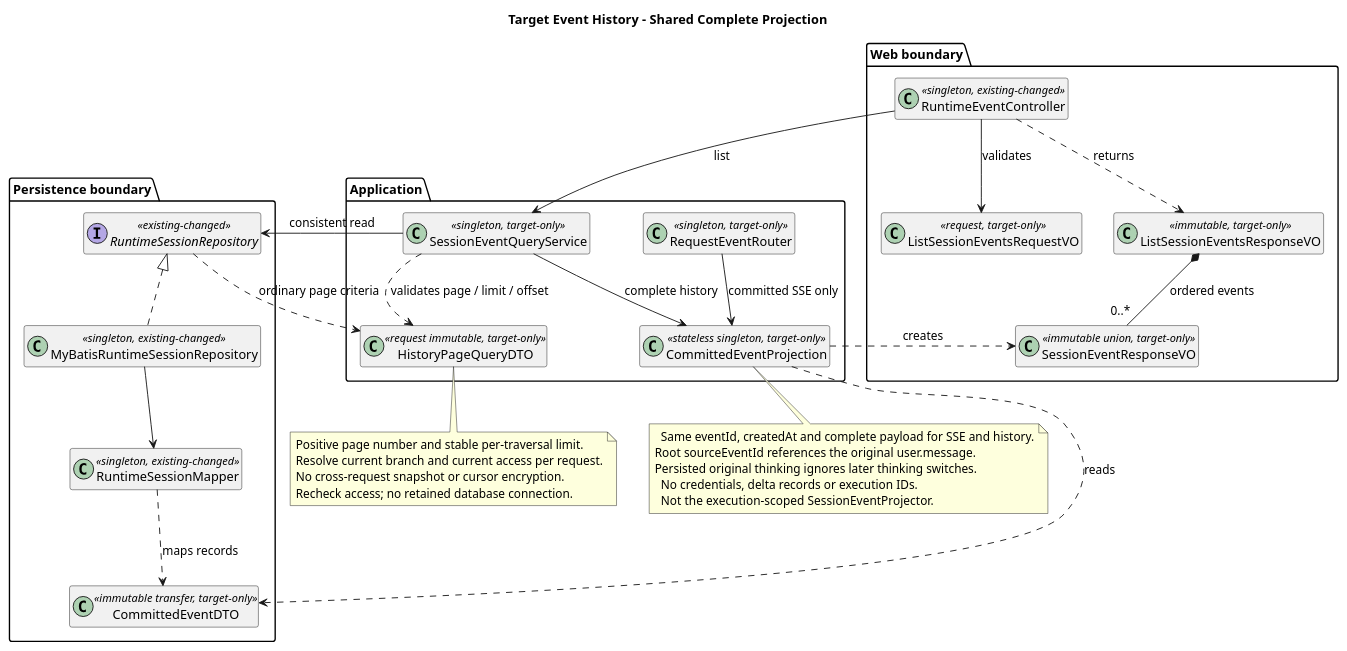
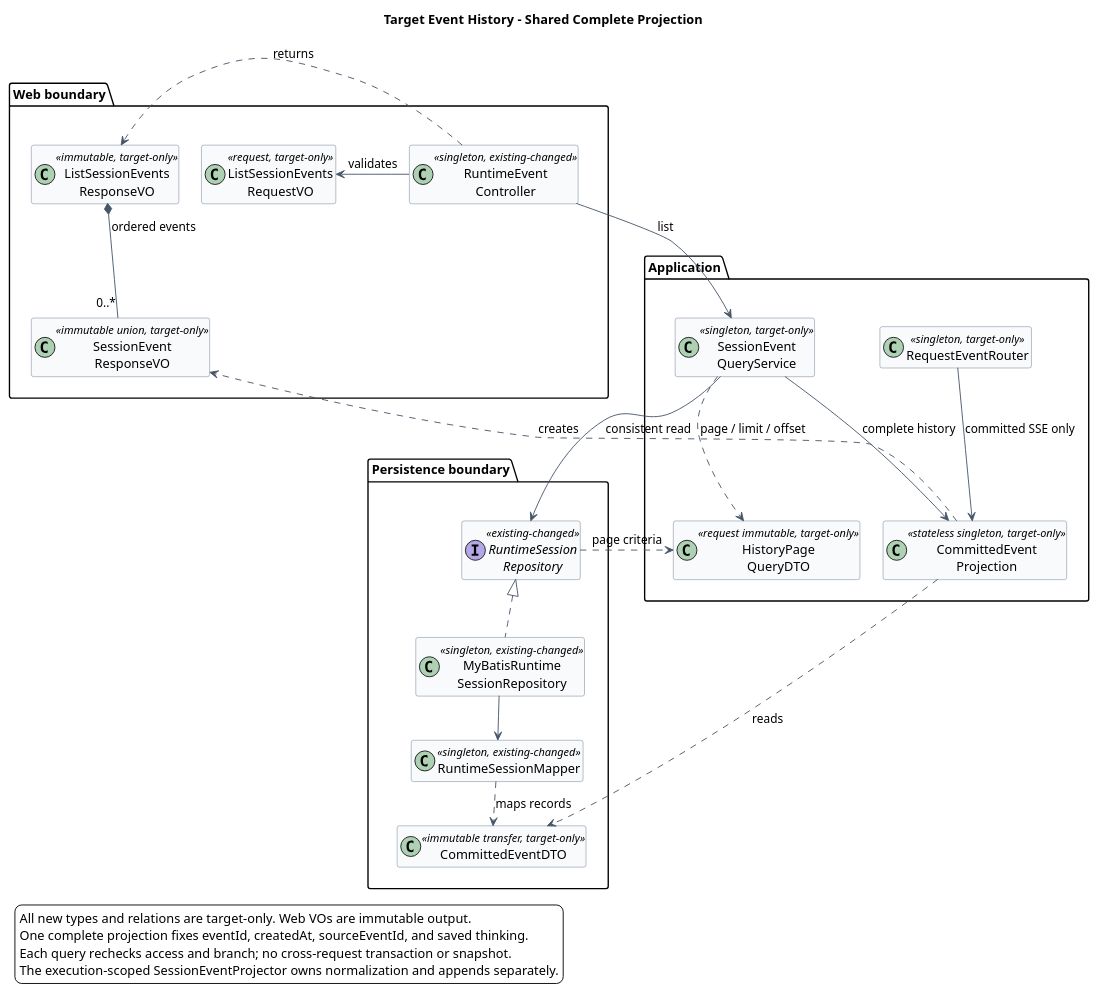
The first of 2 diagrams in 01-总体架构/01-CampusClaw多Agent运行时/设计图/事件历史查询/diagram.puml (ssm0808/pi-mono-java-design), drawn with PlantUML before and after one commit. The commit also changed other lines of this file and 212 other files, not shown here.

Commit message:
docs(design): 精简模块文档并重排全仓设计图

```diff
--- a/01-总体架构/01-CampusClaw多Agent运行时/设计图/事件历史查询/diagram.puml
+++ b/01-总体架构/01-CampusClaw多Agent运行时/设计图/事件历史查询/diagram.puml
@@ -1,57 +1,63 @@
 @startuml target_event_history_classes
 title Target Event History - Shared Complete Projection
 ' Source baseline: pi-mono-java dfb90cac4e233e09a0b8f047f7e9f4682f5ad238
 ' Source: campusclaw/src/main/java/com/huawei/hicampus/claw/codingagent/runtimeapi/event/RuntimeEventQueryService.java, list/pageOf.
 ' Source: campusclaw/src/main/java/com/huawei/hicampus/claw/codingagent/runtimeapi/event/RuntimeEntryCodec.java, toHistoryEvent/toSseData.
 ' Source: campusclaw/src/main/java/com/huawei/hicampus/claw/codingagent/runtimeapi/event/RuntimeEventCursorCodec.java, encode/decode.
 ' Observed behavior: current pages are sequence-based opaque cursors, not integers.
 ' Design reason: one complete projection prevents SSE/history identity drift. Thinking target: display original model reasoning; Java 4cc8dd86 modules/coding-agent-cli/src/main/java/com/campusclaw/codingagent/runtimeapi/event/RuntimeV2EventProjector.java projectThinking still filters publicSummary.
 ' All new classes and relations are target-only; existing boundaries are changed.
+top to bottom direction
 hide empty members
+skinparam backgroundColor white
+skinparam shadowing false
 skinparam classAttributeIconSize 0
-package "Web boundary" {
-  class RuntimeEventController <<singleton, existing-changed>>
-  class ListSessionEventsRequestVO <<request, target-only>>
-  class ListSessionEventsResponseVO <<immutable, target-only>>
-  class SessionEventResponseVO <<immutable union, target-only>>
+skinparam nodesep 25
+skinparam ranksep 30
+skinparam ArrowColor #475569
+skinparam ClassBorderColor #64748B
+skinparam ClassBackgroundColor #F8FAFC
+skinparam stereotypeFontSize 10
+
+package "Web boundary" as WEB {
+  class "RuntimeEvent\nController" as RuntimeEventController <<singleton, existing-changed>>
+  class "ListSessionEvents\nRequestVO" as ListSessionEventsRequestVO <<request, target-only>>
+  class "ListSessionEvents\nResponseVO" as ListSessionEventsResponseVO <<immutable, target-only>>
+  class "SessionEvent\nResponseVO" as SessionEventResponseVO <<immutable union, target-only>>
 }
-package "Application" {
-  class SessionEventQueryService <<singleton, target-only>>
-  class HistoryPageQueryDTO <<request immutable, target-only>>
-  class CommittedEventProjection <<stateless singleton, target-only>>
+package "Application" as APP {
+  class "SessionEvent\nQueryService" as SessionEventQueryService <<singleton, target-only>>
+  class "HistoryPage\nQueryDTO" as HistoryPageQueryDTO <<request immutable, target-only>>
+  class "CommittedEvent\nProjection" as CommittedEventProjection <<stateless singleton, target-only>>
   class RequestEventRouter <<singleton, target-only>>
 }
-package "Persistence boundary" {
-  interface RuntimeSessionRepository <<existing-changed>>
-  class MyBatisRuntimeSessionRepository <<singleton, existing-changed>>
+package "Persistence boundary" as DB {
+  interface "RuntimeSession\nRepository" as RuntimeSessionRepository <<existing-changed>>
+  class "MyBatisRuntime\nSessionRepository" as MyBatisRuntimeSessionRepository <<singleton, existing-changed>>
   class CommittedEventDTO <<immutable transfer, target-only>>
   class RuntimeSessionMapper <<singleton, existing-changed>>
 }
-RuntimeEventController --> ListSessionEventsRequestVO : validates
+RuntimeEventController -[norank]-> ListSessionEventsRequestVO : validates
+WEB -[hidden]down- APP
+APP -[hidden]down- DB
 RuntimeEventController --> SessionEventQueryService : list
-RuntimeEventController ..> ListSessionEventsResponseVO : returns
+RuntimeEventController .[norank].> ListSessionEventsResponseVO : returns
 ListSessionEventsResponseVO *-- "0..*" SessionEventResponseVO : ordered events
-SessionEventQueryService ..> HistoryPageQueryDTO : validates page / limit / offset
+SessionEventQueryService ..> HistoryPageQueryDTO : page / limit / offset
 SessionEventQueryService --> RuntimeSessionRepository : consistent read
 SessionEventQueryService --> CommittedEventProjection : complete history
 RequestEventRouter --> CommittedEventProjection : committed SSE only
 CommittedEventProjection ..> CommittedEventDTO : reads
-CommittedEventProjection ..> SessionEventResponseVO : creates
+CommittedEventProjection .[norank].> SessionEventResponseVO : creates
 RuntimeSessionRepository <|.. MyBatisRuntimeSessionRepository
 MyBatisRuntimeSessionRepository --> RuntimeSessionMapper
 RuntimeSessionMapper ..> CommittedEventDTO : maps records
-RuntimeSessionRepository ..> HistoryPageQueryDTO : ordinary page criteria
-note bottom of HistoryPageQueryDTO
-  Positive page number and stable per-traversal limit.
-  Resolve current branch and current access per request.
-  No cross-request snapshot or cursor encryption.
-  Recheck access; no retained database connection.
-end note
-note bottom of CommittedEventProjection
-  Same eventId, createdAt and complete payload for SSE and history.
-Root sourceEventId references the original user.message.
-Persisted original thinking ignores later thinking switches.
-  No credentials, delta records or execution IDs.
-  Not the execution-scoped SessionEventProjector.
-end note
+RuntimeSessionRepository ..> HistoryPageQueryDTO : page criteria
+
+legend bottom left
+All new types and relations are target-only. Web VOs are immutable output.
+One complete projection fixes eventId, createdAt, sourceEventId, and saved thinking.
+Each query rechecks access and branch; no cross-request transaction or snapshot.
+The execution-scoped SessionEventProjector owns normalization and appends separately.
+endlegend
 @enduml
```
